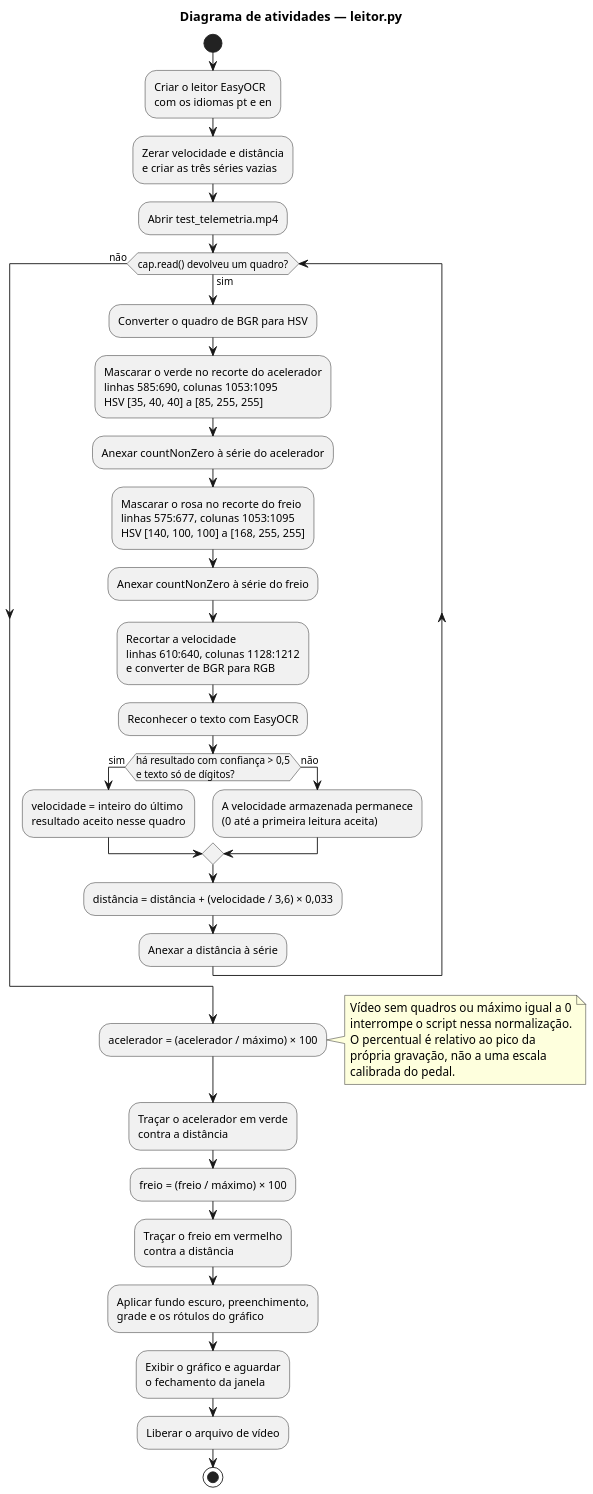
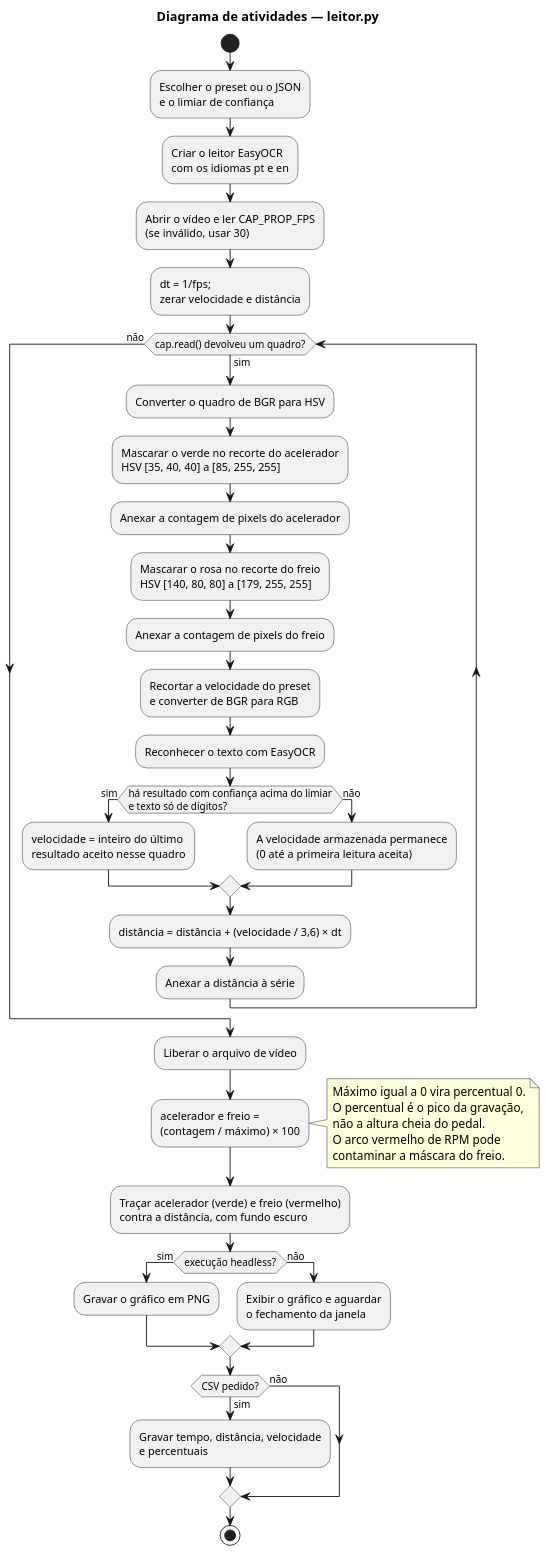
Before and after one commit to Matheus-Hen/telemetria_cloud: the diagram in docs/diagramas/diagrama-atividades.puml, drawn with PlantUML. The commit also changed 10 other files, not shown here.

```diff
--- a/docs/diagramas/diagrama-atividades.puml
+++ b/docs/diagramas/diagrama-atividades.puml
@@ -1,45 +1,51 @@
 @startuml diagrama-atividades
 skinparam shadowing false
 skinparam dpi 140
 skinparam backgroundColor white
 
 title Diagrama de atividades — leitor.py
 
 start
+:Escolher o preset ou o JSON\ne o limiar de confiança;
 :Criar o leitor EasyOCR\ncom os idiomas pt e en;
-:Zerar velocidade e distância\ne criar as três séries vazias;
-:Abrir test_telemetria.mp4;
+:Abrir o vídeo e ler CAP_PROP_FPS\n(se inválido, usar 30);
+:dt = 1/fps;\nzerar velocidade e distância;
 
 while (cap.read() devolveu um quadro?) is (sim)
   :Converter o quadro de BGR para HSV;
-  :Mascarar o verde no recorte do acelerador\nlinhas 585:690, colunas 1053:1095\nHSV [35, 40, 40] a [85, 255, 255];
-  :Anexar countNonZero à série do acelerador;
-  :Mascarar o rosa no recorte do freio\nlinhas 575:677, colunas 1053:1095\nHSV [140, 100, 100] a [168, 255, 255];
-  :Anexar countNonZero à série do freio;
-  :Recortar a velocidade\nlinhas 610:640, colunas 1128:1212\ne converter de BGR para RGB;
+  :Mascarar o verde no recorte do acelerador\nHSV [35, 40, 40] a [85, 255, 255];
+  :Anexar a contagem de pixels do acelerador;
+  :Mascarar o rosa no recorte do freio\nHSV [140, 80, 80] a [179, 255, 255];
+  :Anexar a contagem de pixels do freio;
+  :Recortar a velocidade do preset\ne converter de BGR para RGB;
   :Reconhecer o texto com EasyOCR;
-  if (há resultado com confiança > 0,5\ne texto só de dígitos?) then (sim)
+  if (há resultado com confiança acima do limiar\ne texto só de dígitos?) then (sim)
     :velocidade = inteiro do último\nresultado aceito nesse quadro;
   else (não)
     :A velocidade armazenada permanece\n(0 até a primeira leitura aceita);
   endif
-  :distância = distância + (velocidade / 3,6) × 0,033;
+  :distância = distância + (velocidade / 3,6) × dt;
   :Anexar a distância à série;
 endwhile (não)
+:Liberar o arquivo de vídeo;
 
-:acelerador = (acelerador / máximo) × 100;
+:acelerador e freio =\n(contagem / máximo) × 100;
 note right
-  Vídeo sem quadros ou máximo igual a 0
-  interrompe o script nessa normalização.
-  O percentual é relativo ao pico da
-  própria gravação, não a uma escala
-  calibrada do pedal.
+  Máximo igual a 0 vira percentual 0.
+  O percentual é o pico da gravação,
+  não a altura cheia do pedal.
+  O arco vermelho de RPM pode
+  contaminar a máscara do freio.
 end note
-:Traçar o acelerador em verde\ncontra a distância;
-:freio = (freio / máximo) × 100;
-:Traçar o freio em vermelho\ncontra a distância;
-:Aplicar fundo escuro, preenchimento,\ngrade e os rótulos do gráfico;
-:Exibir o gráfico e aguardar\no fechamento da janela;
-:Liberar o arquivo de vídeo;
+:Traçar acelerador (verde) e freio (vermelho)\ncontra a distância, com fundo escuro;
+if (execução headless?) then (sim)
+  :Gravar o gráfico em PNG;
+else (não)
+  :Exibir o gráfico e aguardar\no fechamento da janela;
+endif
+if (CSV pedido?) then (sim)
+  :Gravar tempo, distância, velocidade\ne percentuais;
+else (não)
+endif
 stop
 @enduml
```
